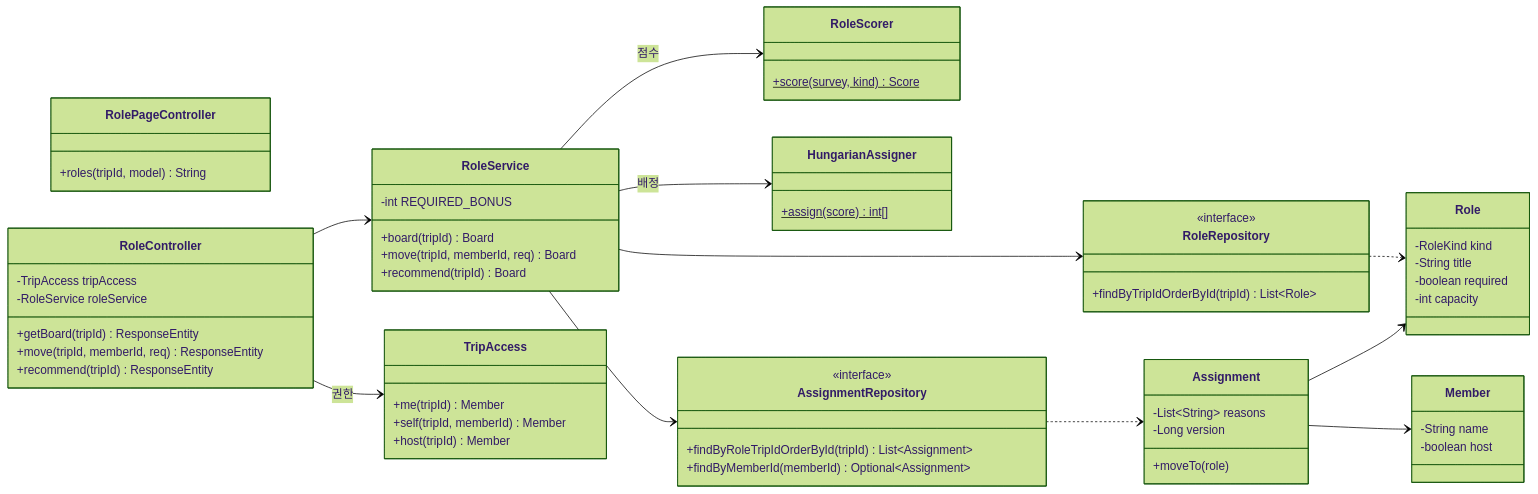
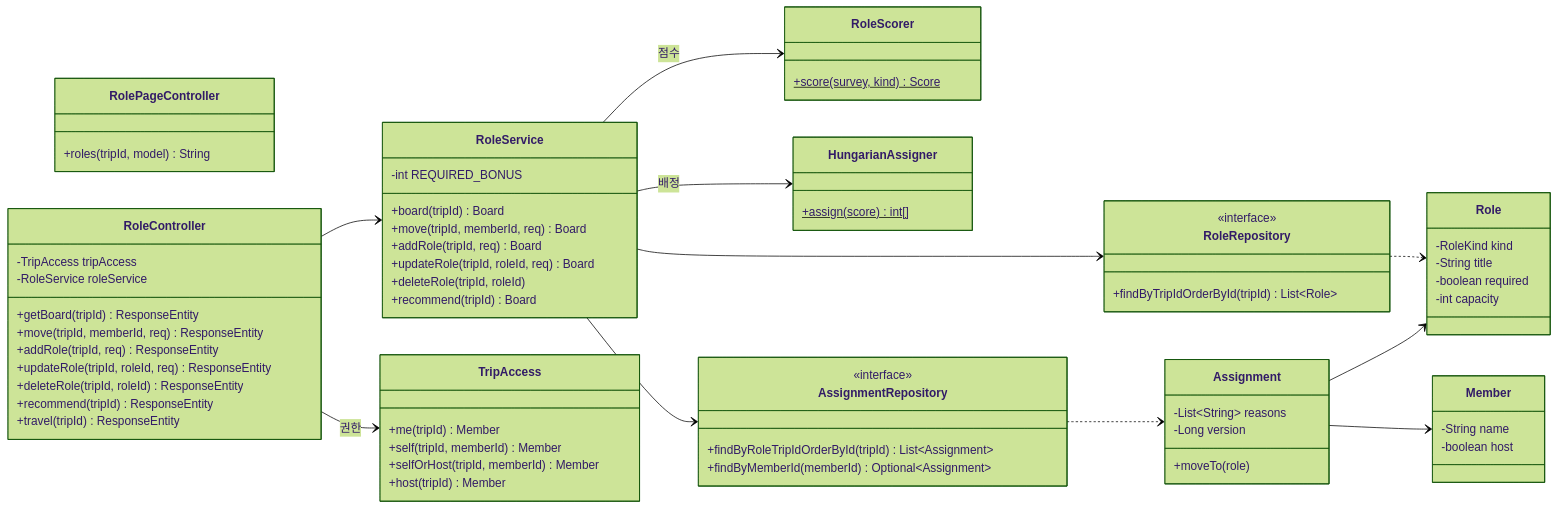
Before and after one commit to jihun-moon/bootcamp-2nd-project: the second of 4 diagrams in docs/06-UML.md, drawn with Mermaid (forest theme). The commit also changed other lines of this file and 190 other files, not shown here.

````diff
--- a/docs/06-UML.md
+++ b/docs/06-UML.md
@@ -56,67 +73,75 @@
 ```mermaid
 classDiagram
     direction LR
 
     class RolePageController {
         +roles(tripId, model) String
     }
     class RoleController {
         -TripAccess tripAccess
         -RoleService roleService
         +getBoard(tripId) ResponseEntity
         +move(tripId, memberId, req) ResponseEntity
+        +addRole(tripId, req) ResponseEntity
+        +updateRole(tripId, roleId, req) ResponseEntity
+        +deleteRole(tripId, roleId) ResponseEntity
         +recommend(tripId) ResponseEntity
+        +travel(tripId) ResponseEntity
     }
     class RoleService {
         -int REQUIRED_BONUS
         +board(tripId) Board
         +move(tripId, memberId, req) Board
+        +addRole(tripId, req) Board
+        +updateRole(tripId, roleId, req) Board
+        +deleteRole(tripId, roleId)
         +recommend(tripId) Board
     }
     class RoleScorer {
         +score(survey, kind)$ Score
     }
     class HungarianAssigner {
         +assign(score)$ int[]
     }
     class TripAccess {
         +me(tripId) Member
         +self(tripId, memberId) Member
+        +selfOrHost(tripId, memberId) Member
         +host(tripId) Member
     }
     class RoleRepository {
         <<interface>>
         +findByTripIdOrderById(tripId) List~Role~
     }
     class AssignmentRepository {
         <<interface>>
         +findByRoleTripIdOrderById(tripId) List~Assignment~
         +findByMemberId(memberId) Optional~Assignment~
     }
     class Role {
         -RoleKind kind
         -String title
         -boolean required
         -int capacity
     }
     class Assignment {
         -List~String~ reasons
         -Long version
         +moveTo(role)
     }
     class Member {
         -String name
         -boolean host
     }
 
     RoleController --> TripAccess : 권한
     RoleController --> RoleService
     RoleService --> RoleScorer : 점수
     RoleService --> HungarianAssigner : 배정
     RoleService --> RoleRepository
     RoleService --> AssignmentRepository
     RoleRepository ..> Role
     AssignmentRepository ..> Assignment
     Assignment --> Member
     Assignment --> Role
 ```
````
